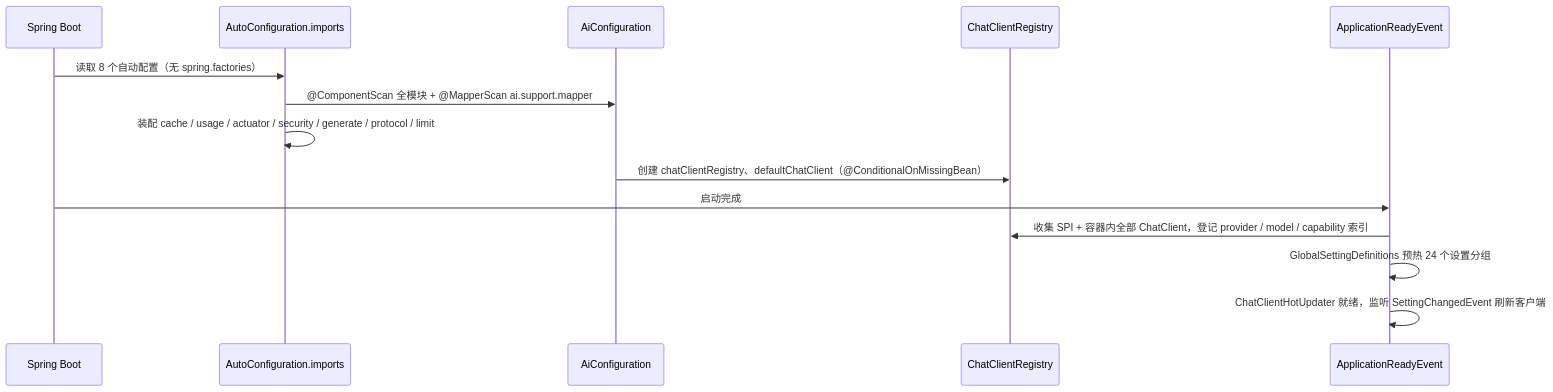
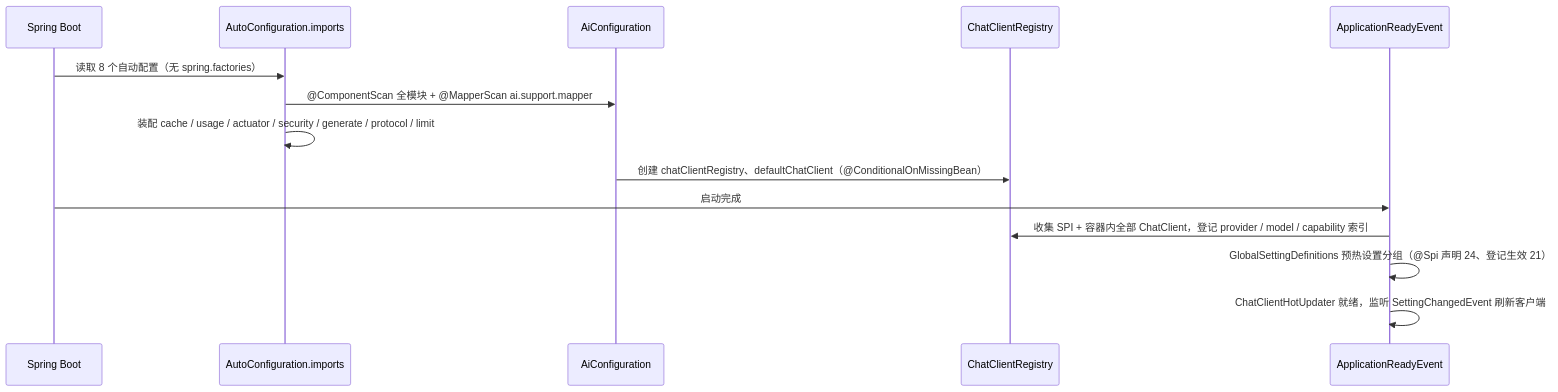
The third of 5 diagrams in spring-support-ai-starter/README.md (CHTK001/spring-support-parent-starter), drawn with Mermaid before and after one commit. The commit also changed other lines of this file and 5 other files, not shown here.

````diff
--- a/spring-support-ai-starter/README.md
+++ b/spring-support-ai-starter/README.md
@@ -85,16 +85,16 @@
 ```mermaid
 sequenceDiagram
     participant Boot as Spring Boot
     participant Imp as AutoConfiguration.imports
     participant Ai as AiConfiguration
     participant Reg as ChatClientRegistry
     participant Evt as ApplicationReadyEvent
     Boot->>Imp: 读取 8 个自动配置（无 spring.factories）
     Imp->>Ai: @ComponentScan 全模块 + @MapperScan ai.support.mapper
     Imp->>Imp: 装配 cache / usage / actuator / security / generate / protocol / limit
     Ai->>Reg: 创建 chatClientRegistry、defaultChatClient（@ConditionalOnMissingBean）
     Boot->>Evt: 启动完成
     Evt->>Reg: 收集 SPI + 容器内全部 ChatClient，登记 provider / model / capability 索引
-    Evt->>Evt: GlobalSettingDefinitions 预热 24 个设置分组
+    Evt->>Evt: GlobalSettingDefinitions 预热设置分组（@Spi 声明 24、登记生效 21）
     Evt->>Evt: ChatClientHotUpdater 就绪，监听 SettingChangedEvent 刷新客户端
 ```
````
